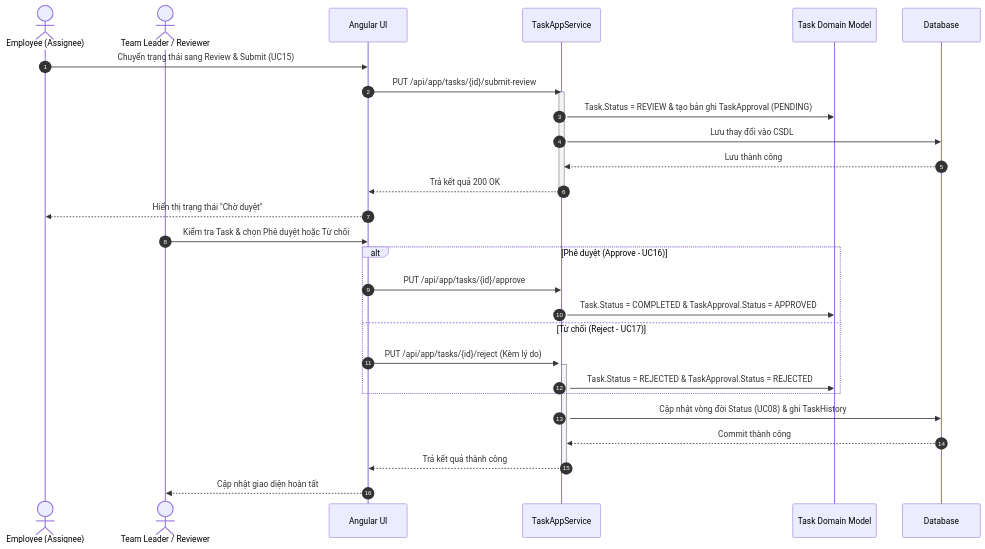
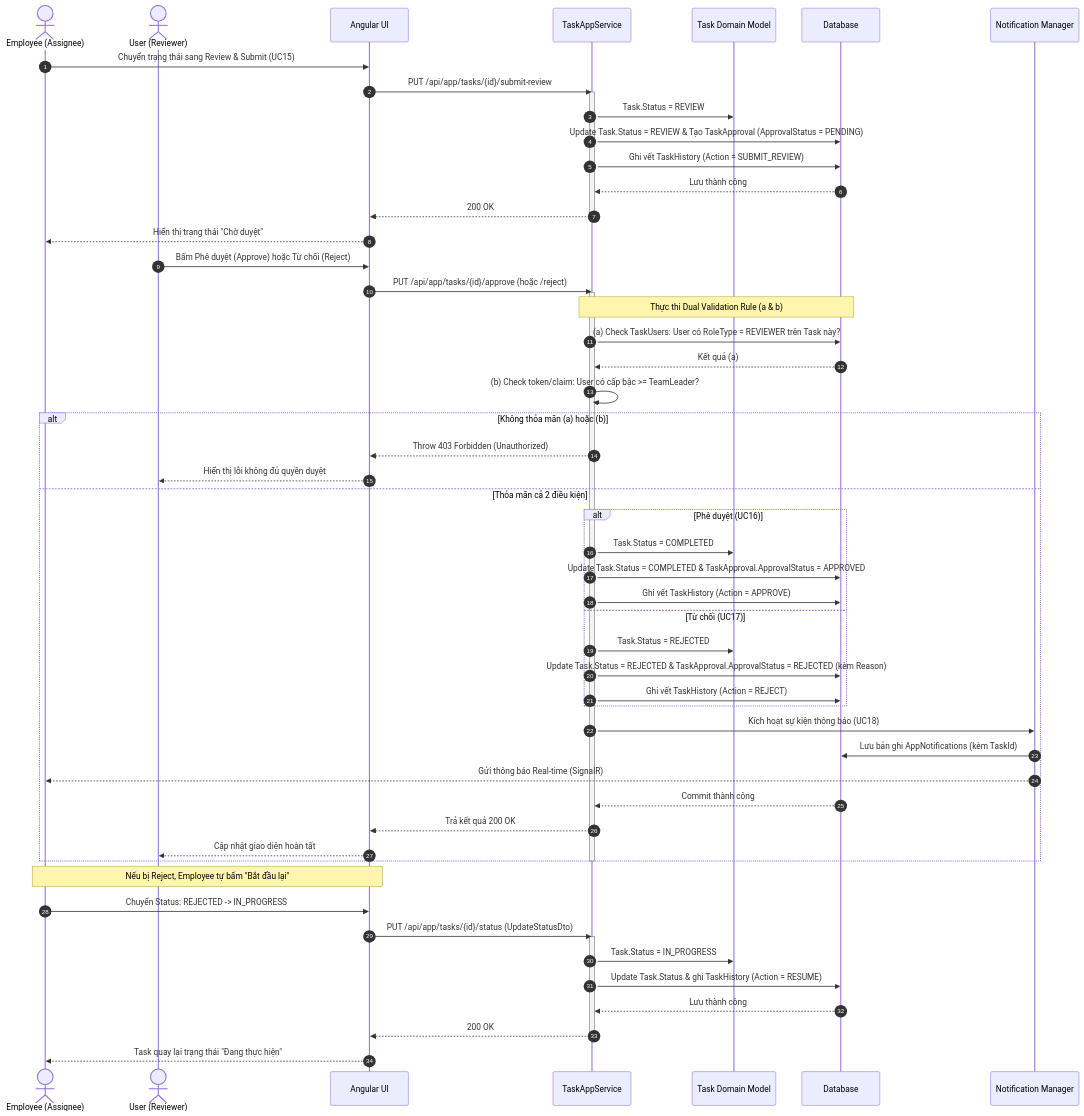
The third of 6 diagrams in document/sequence-diagram.md (anhhthuu2404/task-management), drawn with Mermaid before and after one commit. The commit also changed other lines of this file and 4 other files, not shown here.

Commit message:
Update docs: Fix Usecase/Sequence, Add ERD/Class/Business

````diff
--- a/document/sequence-diagram.md
+++ b/document/sequence-diagram.md
@@ -66,40 +71,68 @@
 ```mermaid
 sequenceDiagram
     autonumber
     actor Emp as Employee (Assignee)
-    actor TL as Team Leader / Reviewer
+    actor Rev as User (Reviewer)
     participant UI as Angular UI
     participant AppSrv as TaskAppService
     participant Domain as Task Domain Model
     participant DB as Database
+    participant NotifSrv as Notification Manager
 
     Emp->>UI: Chuyển trạng thái sang Review & Submit (UC15)
     UI->>AppSrv: PUT /api/app/tasks/{id}/submit-review
     activate AppSrv
-    
-    AppSrv->>Domain: Task.Status = REVIEW & tạo bản ghi TaskApproval (PENDING)
-    AppSrv->>DB: Lưu thay đổi vào CSDL
+
+    AppSrv->>Domain: Task.Status = REVIEW
+    AppSrv->>DB: Update Task.Status = REVIEW & Tạo TaskApproval (ApprovalStatus = PENDING)
+    AppSrv->>DB: Ghi vết TaskHistory (Action = SUBMIT_REVIEW)
     DB-->>AppSrv: Lưu thành công
-    AppSrv-->>UI: Trả kết quả 200 OK
+    AppSrv-->>UI: 200 OK
     deactivate AppSrv
-    
+
     UI-->>Emp: Hiển thị trạng thái "Chờ duyệt"
-    
-    TL->>UI: Kiểm tra Task & chọn Phê duyệt hoặc Từ chối
-    alt Phê duyệt (Approve - UC16)
-        UI->>AppSrv: PUT /api/app/tasks/{id}/approve
-        activate AppSrv
-        AppSrv->>Domain: Task.Status = COMPLETED & TaskApproval.Status = APPROVED
-    else Từ chối (Reject - UC17)
-        UI->>AppSrv: PUT /api/app/tasks/{id}/reject (Kèm lý do)
-        activate AppSrv
-        AppSrv->>Domain: Task.Status = REJECTED & TaskApproval.Status = REJECTED
+
+    Rev->>UI: Bấm Phê duyệt (Approve) hoặc Từ chối (Reject)
+    UI->>AppSrv: PUT /api/app/tasks/{id}/approve (hoặc /reject)
+    activate AppSrv
+
+    Note over AppSrv, DB: Thực thi Dual Validation Rule (a & b)
+    AppSrv->>DB: (a) Check TaskUsers: User có RoleType = REVIEWER trên Task này?
+    DB-->>AppSrv: Kết quả (a)
+    AppSrv->>AppSrv: (b) Check token/claim: User có cấp bậc >= TeamLeader?
+
+    alt Không thỏa mãn (a) hoặc (b)
+        AppSrv-->>UI: Throw 403 Forbidden (Unauthorized)
+        UI-->>Rev: Hiển thị lỗi không đủ quyền duyệt
+    else Thỏa mãn cả 2 điều kiện
+        alt Phê duyệt (UC16)
+            AppSrv->>Domain: Task.Status = COMPLETED
+            AppSrv->>DB: Update Task.Status = COMPLETED & TaskApproval.ApprovalStatus = APPROVED
+            AppSrv->>DB: Ghi vết TaskHistory (Action = APPROVE)
+        else Từ chối (UC17)
+            AppSrv->>Domain: Task.Status = REJECTED
+            AppSrv->>DB: Update Task.Status = REJECTED & TaskApproval.ApprovalStatus = REJECTED (kèm Reason)
+            AppSrv->>DB: Ghi vết TaskHistory (Action = REJECT)
+        end
+
+        AppSrv->>NotifSrv: Kích hoạt sự kiện thông báo (UC18)
+        NotifSrv->>DB: Lưu bản ghi AppNotifications (kèm TaskId)
+        NotifSrv-->>Emp: Gửi thông báo Real-time (SignalR)
+
+        DB-->>AppSrv: Commit thành công
+        AppSrv-->>UI: Trả kết quả 200 OK
+        UI-->>Rev: Cập nhật giao diện hoàn tất
     end
-    
-    AppSrv->>DB: Cập nhật vòng đời Status (UC08) & ghi TaskHistory
-    DB-->>AppSrv: Commit thành công
-    AppSrv-->>UI: Trả kết quả thành công
     deactivate AppSrv
-    
-    UI-->>TL: Cập nhật giao diện hoàn tất
+
+    Note over Emp, UI: Nếu bị Reject, Employee tự bấm "Bắt đầu lại"
+    Emp->>UI: Chuyển Status: REJECTED -> IN_PROGRESS
+    UI->>AppSrv: PUT /api/app/tasks/{id}/status (UpdateStatusDto)
+    activate AppSrv
+    AppSrv->>Domain: Task.Status = IN_PROGRESS
+    AppSrv->>DB: Update Task.Status & ghi TaskHistory (Action = RESUME)
+    DB-->>AppSrv: Lưu thành công
+    AppSrv-->>UI: 200 OK
+    deactivate AppSrv
+    UI-->>Emp: Task quay lại trạng thái "Đang thực hiện"
 ```
````
